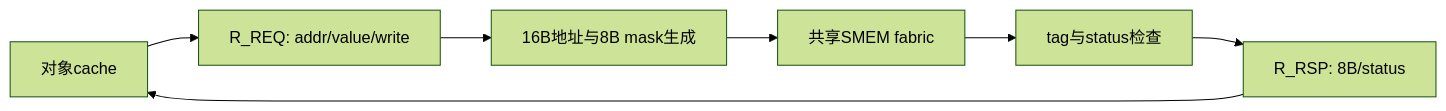
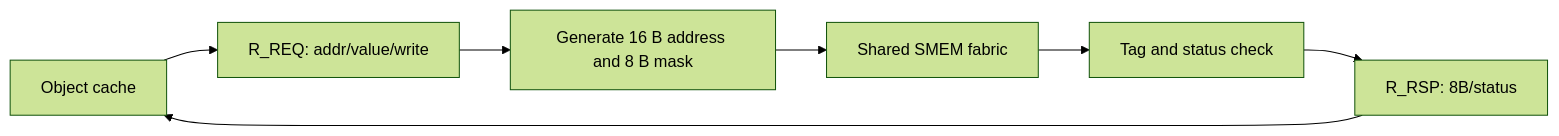
The diagram in doc/rtl_specs/mbarrier/blackwell_mbarrier_backing.md (yuhin777/Allegro), drawn with Mermaid (forest theme) before and after one commit. The commit also changed other lines of this file and 45 other files, not shown here.

````diff
--- a/doc/rtl_specs/mbarrier/blackwell_mbarrier_backing.md
+++ b/doc/rtl_specs/mbarrier/blackwell_mbarrier_backing.md
@@ -18,9 +18,9 @@
 ```mermaid
 flowchart LR
-  C[对象cache] --> R[R_REQ: addr/value/write]
-  R --> A[16B地址与8B mask生成]
-  A --> S[共享SMEM fabric]
-  S --> V[tag与status检查]
+  C["Object cache"] --> R[R_REQ: addr/value/write]
+  R --> A["Generate 16 B address and 8 B mask"]
+  A --> S["Shared SMEM fabric"]
+  S --> V["Tag and status check"]
   V --> O[R_RSP: 8B/status]
   O --> C
 ```
````
